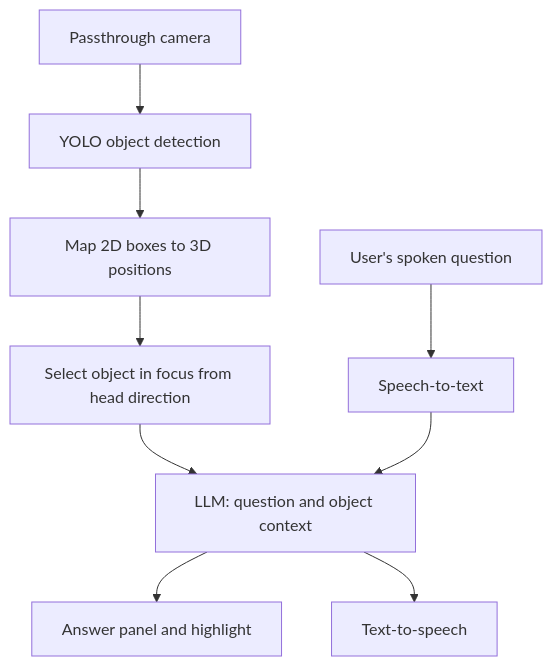
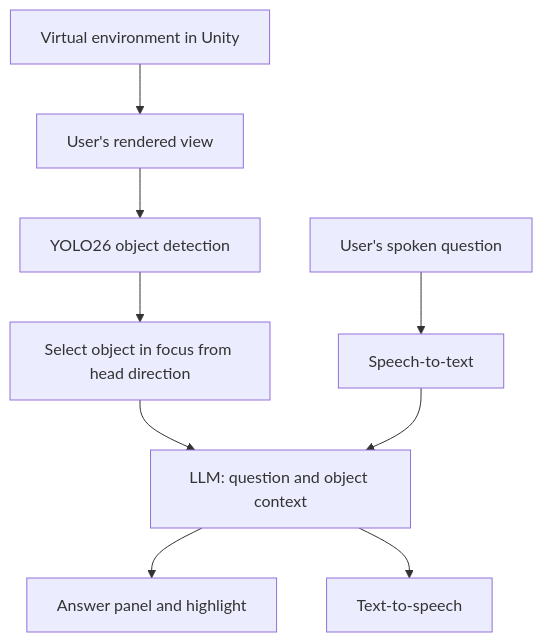
One commit to mvy0502/COMP6038 changed the diagram in README.md. Above: the diagram before and after it, drawn with Mermaid. The commit also changed other lines of this file, not shown here.

````diff
--- a/README.md
+++ b/README.md
@@ -32,11 +34,11 @@
 ```mermaid
 flowchart TD
-    A[Passthrough camera] --> B[YOLO object detection]
-    B --> C[Map 2D boxes to 3D positions]
+    A[Virtual environment in Unity] --> B[User's rendered view]
+    B --> C[YOLO26 object detection]
     C --> D[Select object in focus from head direction]
     E[User's spoken question] --> F[Speech-to-text]
     D --> G[LLM: question and object context]
     F --> G
     G --> H[Answer panel and highlight]
     G --> I[Text-to-speech]
 ```
````
